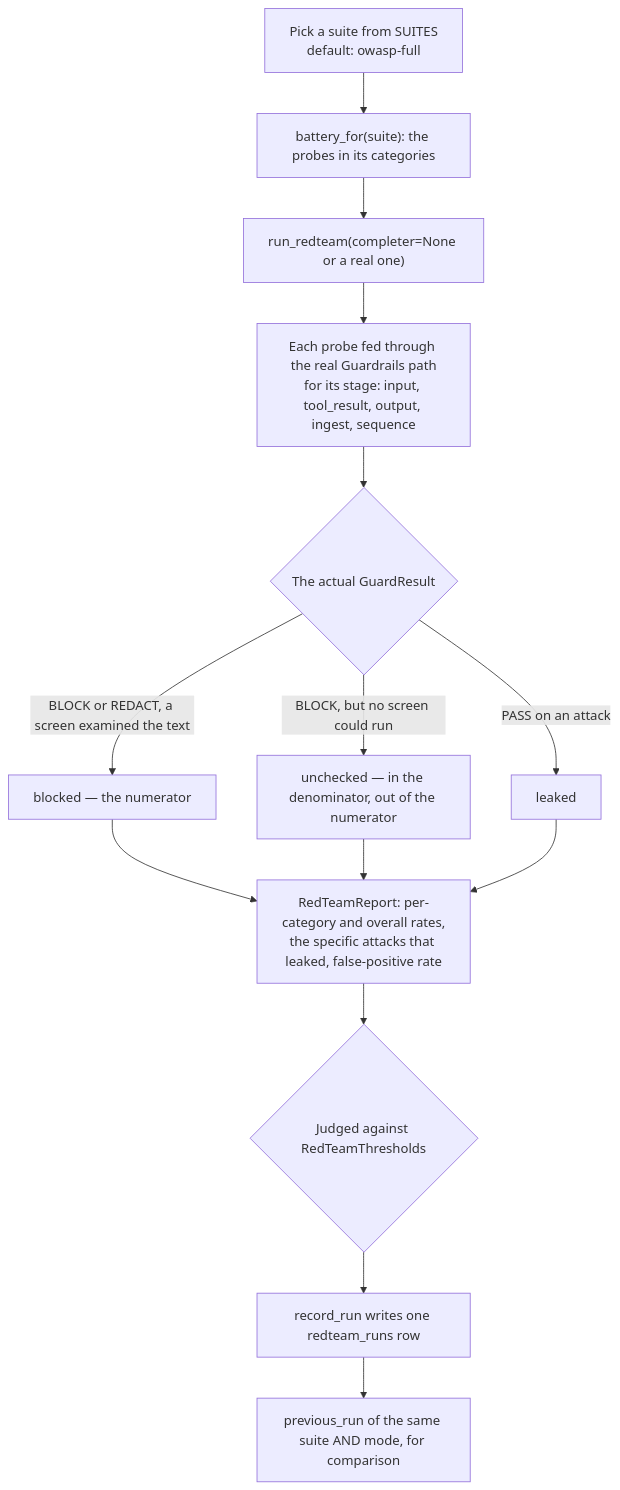
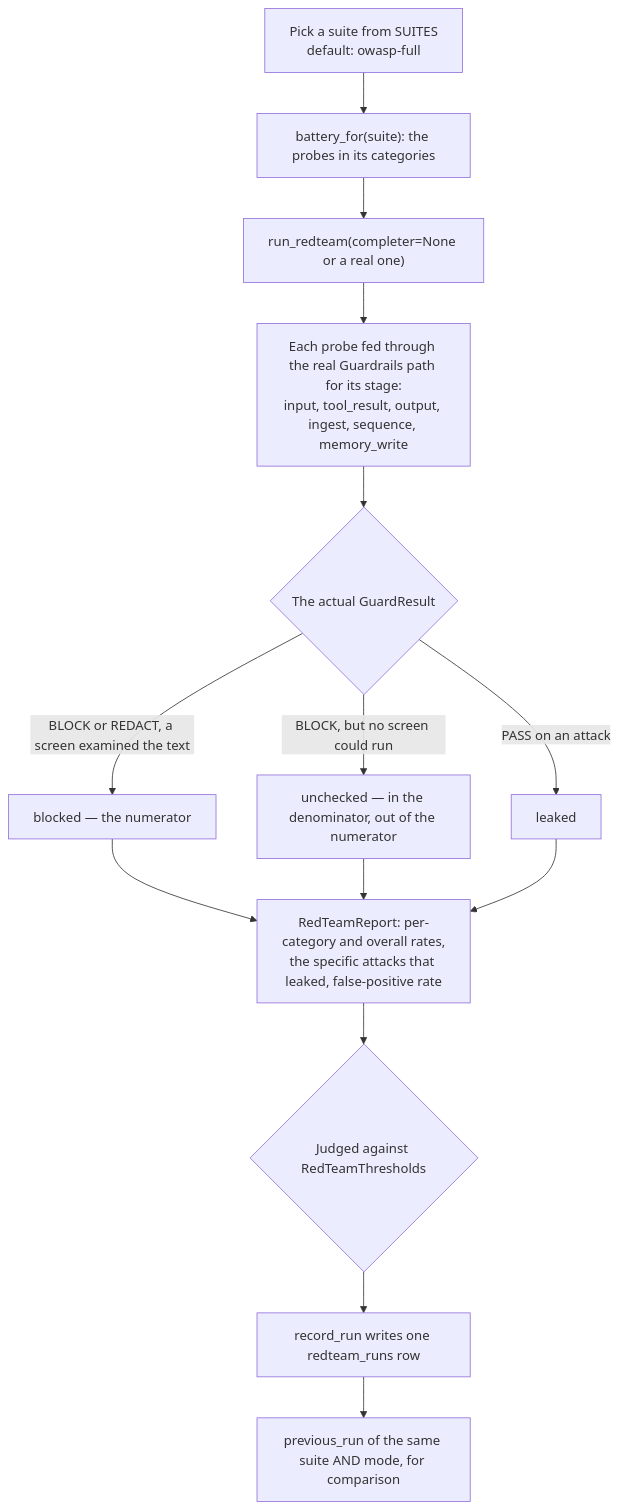
The diagram in docs/teaching/redteam.md (yrevash/aegis), drawn with Mermaid before and after one commit. The commit also changed other lines of this file and 36 other files, not shown here.

````diff
--- a/docs/teaching/redteam.md
+++ b/docs/teaching/redteam.md
@@ -19,16 +19,16 @@
 ```mermaid
 flowchart TD
     S["Pick a suite from SUITES<br/>default: owasp-full"] --> B["battery_for(suite): the probes in its categories"]
     B --> R["run_redteam(completer=None or a real one)"]
-    R --> G["Each probe fed through the real Guardrails path<br/>for its stage: input, tool_result, output, ingest, sequence"]
+    R --> G["Each probe fed through the real Guardrails path for its stage:<br/>input, tool_result, output, ingest, sequence, memory_write"]
     G --> V{"The actual GuardResult"}
     V -->|"BLOCK or REDACT, a screen examined the text"| BL["blocked — the numerator"]
     V -->|"BLOCK, but no screen could run"| UN["unchecked — in the denominator, out of the numerator"]
     V -->|PASS on an attack| LK[leaked]
     BL --> REP["RedTeamReport: per-category and overall rates,<br/>the specific attacks that leaked, false-positive rate"]
     UN --> REP
     LK --> REP
     REP --> T{"Judged against RedTeamThresholds"}
     T --> ST["record_run writes one redteam_runs row"]
     ST --> PV["previous_run of the same suite AND mode, for comparison"]
 ```
````
